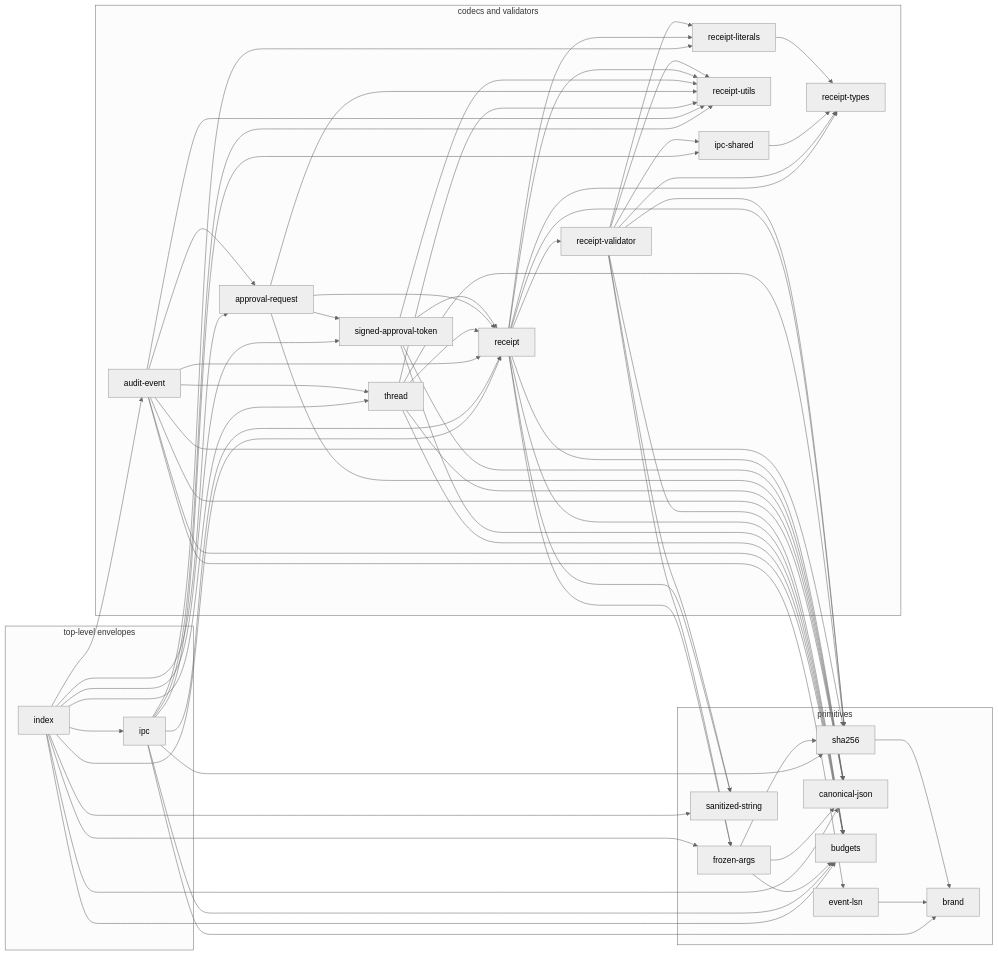
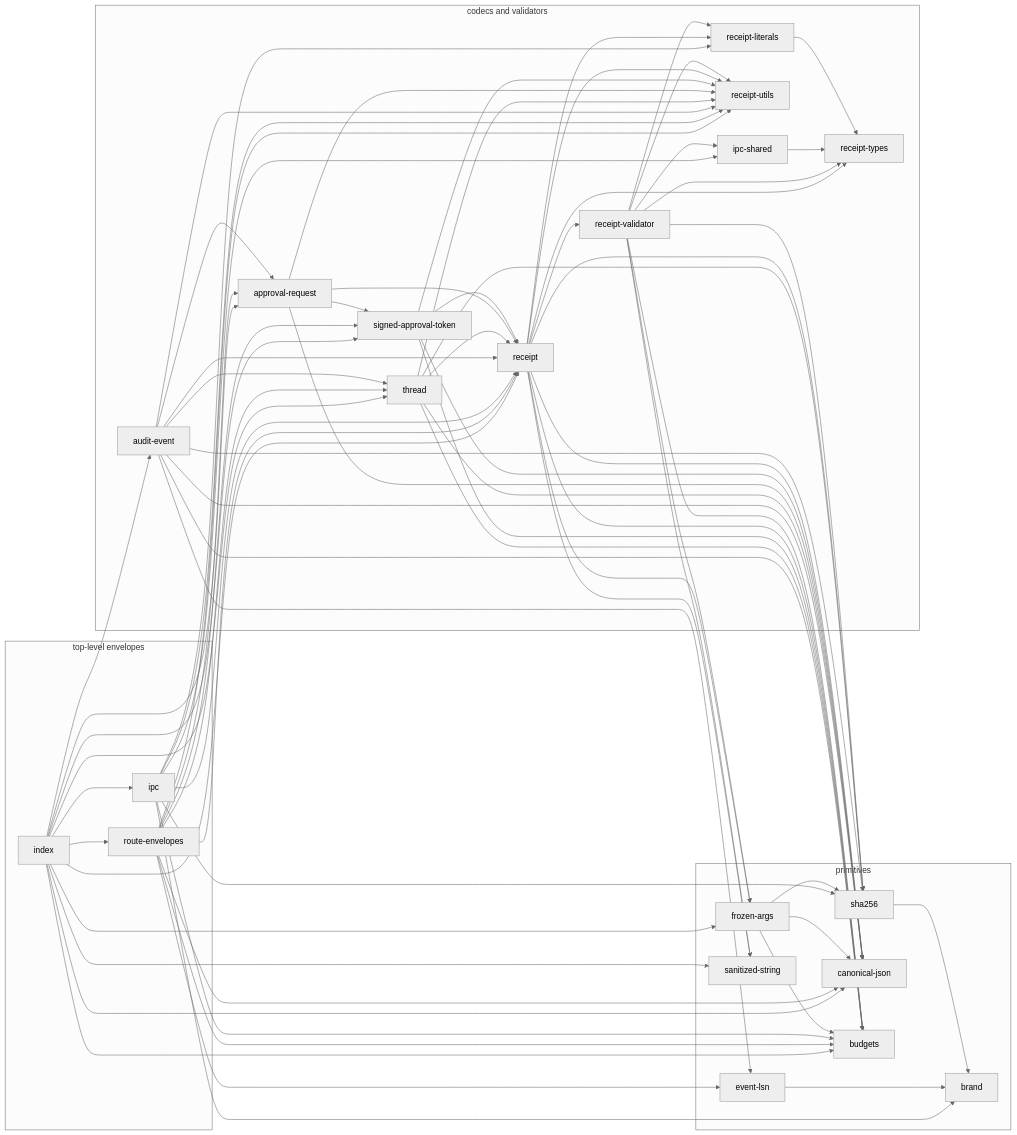
One commit to nex-crm/wuphf changed the first of 3 diagrams in packages/protocol/docs/OVERVIEW.md. Above: the diagram before and after it, drawn with Mermaid (neutral theme). The commit also changed other lines of this file and 9 other files, not shown here.

```diff
--- a/packages/protocol/docs/OVERVIEW.md
+++ b/packages/protocol/docs/OVERVIEW.md
@@ -42,6 +42,7 @@
   end
   subgraph T["top-level envelopes"]
     ipc[ipc]
+    route[route-envelopes]
     index[index]
   end
   sha256 --> brand
@@ -96,11 +97,20 @@
   ipc --> literals
   ipc --> utils
   ipc --> sha256
+  route --> approval
+  route --> budgets
+  route --> jcs
+  route --> lsn
+  route --> receipt
+  route --> signed
+  route --> thread
+  route --> utils
   index --> audit
   index --> budgets
   index --> jcs
   index --> frozen
   index --> ipc
+  index --> route
   index --> receipt
   index --> sanitized
   index --> approval
```
